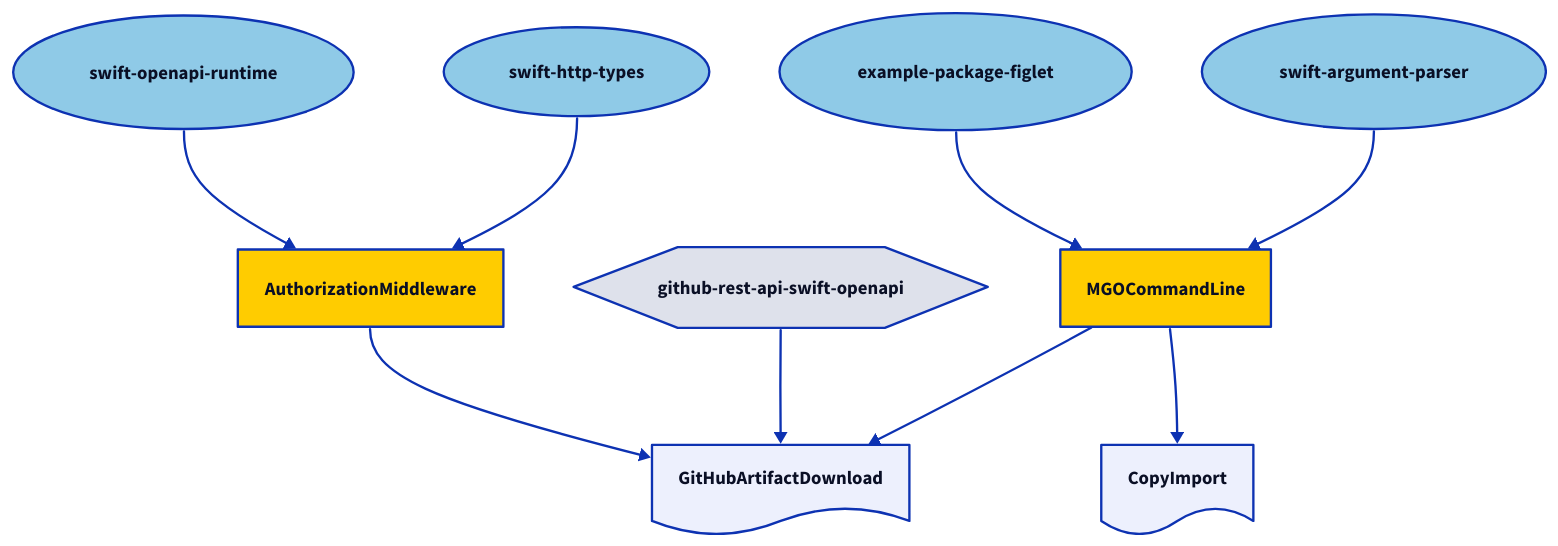
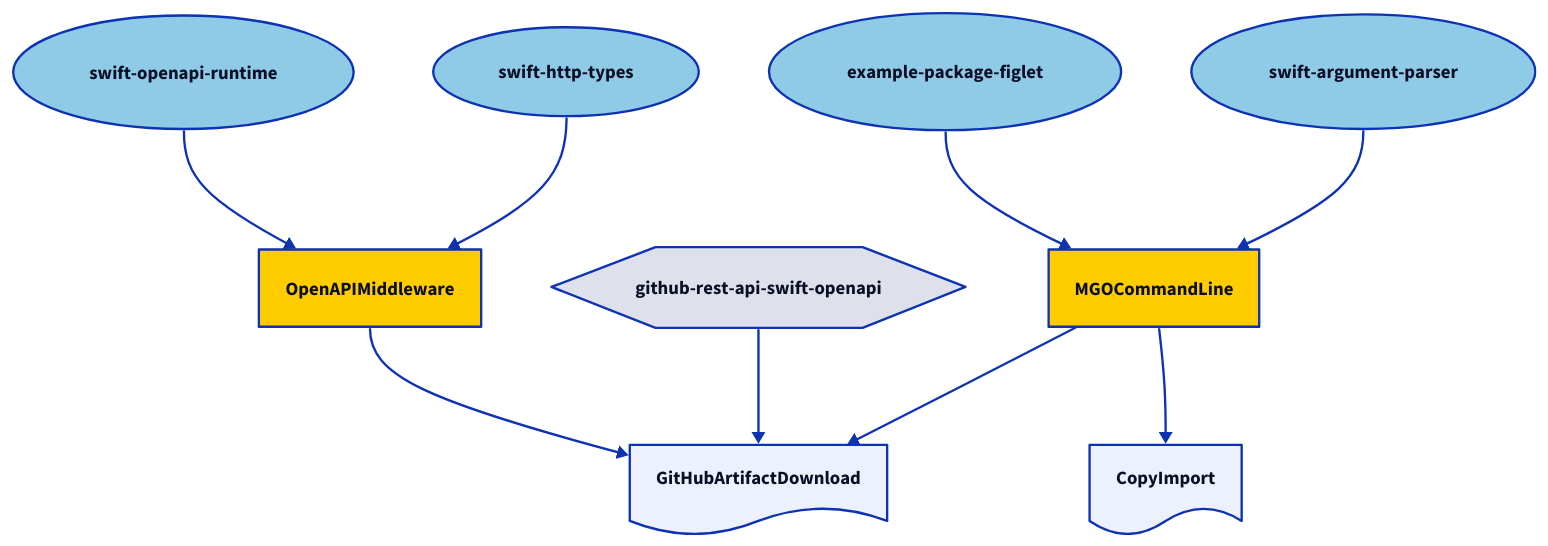
The diagram in Diagrams/scripts.d2 (minvws/nl-mgo-app-ios), drawn with D2 before and after one commit. The commit also changed 20 other files, not shown here.

Commit message:
refactor: renamed AuthorizationMiddleware to OpenAPIMiddleware

```diff
--- a/Diagrams/scripts.d2
+++ b/Diagrams/scripts.d2
@@ -1,50 +1,50 @@
 direction: down
 
 # Apple
 example-package-figlet: {
   shape: oval
   style.fill: "#8FCAE7"
 }
 swift-argument-parser: {
   shape: oval
   style.fill: "#8FCAE7"
 }
 swift-openapi-runtime: {
   shape: oval
   style.fill: "#8FCAE7"
 }
 swift-http-types: {
   shape: oval
   style.fill: "#8FCAE7"
 }
 
 # Third-Party
 
 github-rest-api-swift-openapi: {
   shape: hexagon
 }
 
 # The scripts
 
 CopyImport: {
   shape: document
 }
 GitHubArtifactDownload: {
   shape: document
 }
 
 CopyImport <- MGOCommandLine
 
-GitHubArtifactDownload <- AuthorizationMiddleware
+GitHubArtifactDownload <- OpenAPIMiddleware
 GitHubArtifactDownload <- github-rest-api-swift-openapi
 GitHubArtifactDownload <- MGOCommandLine
 
 # - Packages -
 
-AuthorizationMiddleware { style.fill: "#ffcc00" }
-AuthorizationMiddleware <- swift-openapi-runtime
-AuthorizationMiddleware <- swift-http-types
-
 MGOCommandLine { style.fill: "#ffcc00" }
 MGOCommandLine <- example-package-figlet
 MGOCommandLine <- swift-argument-parser
+
+OpenAPIMiddleware { style.fill: "#ffcc00" }
+OpenAPIMiddleware <- swift-openapi-runtime
+OpenAPIMiddleware <- swift-http-types
```
